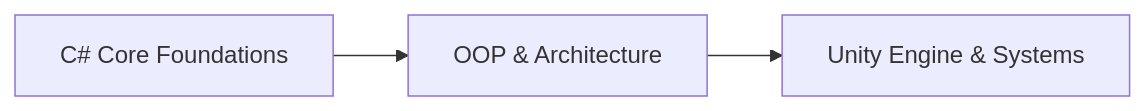
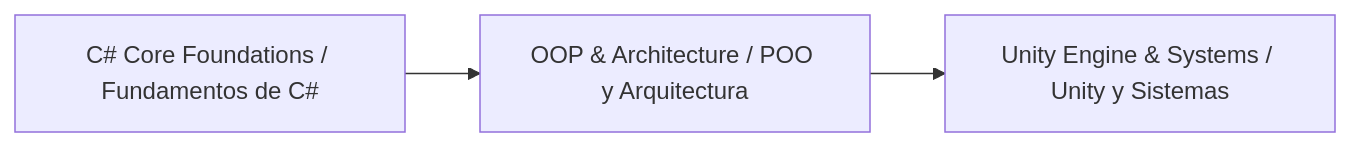
One commit to alanfabzlab/Developer-Knowledge-Base changed the diagram in 🟣 CSharp/README.md. Above: the diagram before and after it, drawn with Mermaid. The commit also changed other lines of this file and 9 other files, not shown here.

````diff
--- a/🟣 CSharp/README.md
+++ b/🟣 CSharp/README.md
@@ -66,9 +87,9 @@
 ```mermaid
 flowchart LR
-    A[C# Core Foundations] --> B[OOP & Architecture]
-    B --> C[Unity Engine & Systems]
+    A[C# Core Foundations / Fundamentos de C#] --> B[OOP & Architecture / POO y Arquitectura]
+    B --> C[Unity Engine & Systems / Unity y Sistemas]
 
-    click A "#" "Data types, control flow, methods & memory"
-    click B "#" "Classes, inheritance, LINQ & interfaces"
-    click C "#" "MonoBehaviour lifecycle & ScriptableObjects"
+    click A "#" "Data types, control flow, methods & memory / Tipos de datos, control de flujo, métodos y memoria"
+    click B "#" "Classes, inheritance, LINQ & interfaces / Clases, herencia, LINQ e interfaces"
+    click C "#" "MonoBehaviour lifecycle & ScriptableObjects / Ciclo de vida de MonoBehaviour y ScriptableObjects"
 ```
````
